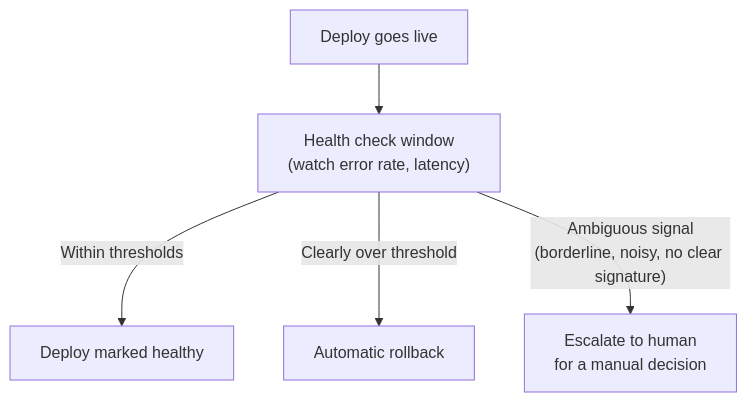
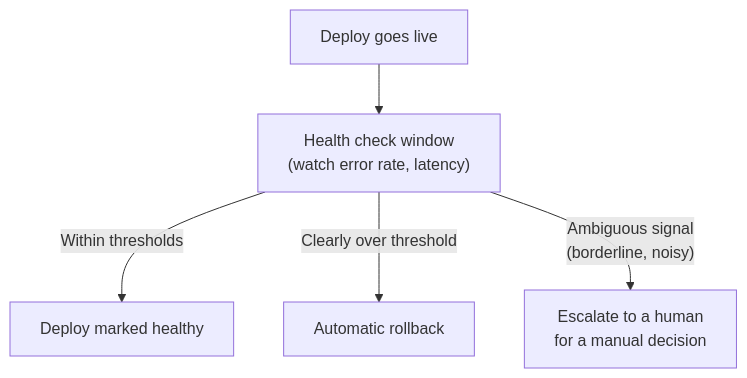
One commit to francoandreDev/knowledge changed the fourth of 4 diagrams in src/content/infra-delivery/rollback-strategy/L2-concept.mdx. Above: the diagram before and after it, drawn with Mermaid. The commit also changed other lines of this file and 3 other files, not shown here.

````diff
--- a/src/content/infra-delivery/rollback-strategy/L2-concept.mdx
+++ b/src/content/infra-delivery/rollback-strategy/L2-concept.mdx
@@ -136,7 +157,7 @@
 ```mermaid
 flowchart TD
-    A["Deploy goes live"] --> B["Health check window\n(watch error rate, latency)"]
+    A["Deploy goes live"] --> B["Health check window<br/>(watch error rate, latency)"]
     B -->|"Within thresholds"| C["Deploy marked healthy"]
     B -->|"Clearly over threshold"| D["Automatic rollback"]
-    B -->|"Ambiguous signal\n(borderline, noisy, no clear signature)"| E["Escalate to human\nfor a manual decision"]
+    B -->|"Ambiguous signal<br/>(borderline, noisy)"| E["Escalate to a human<br/>for a manual decision"]
 ```
````
